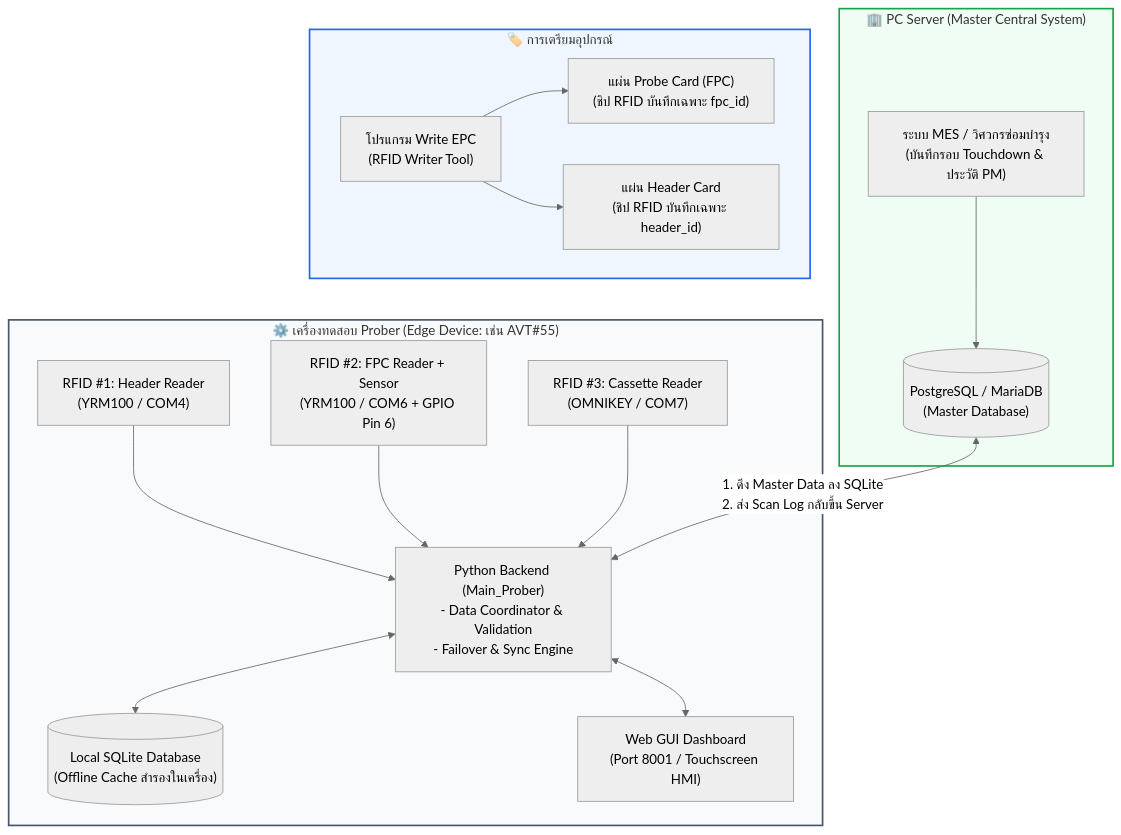
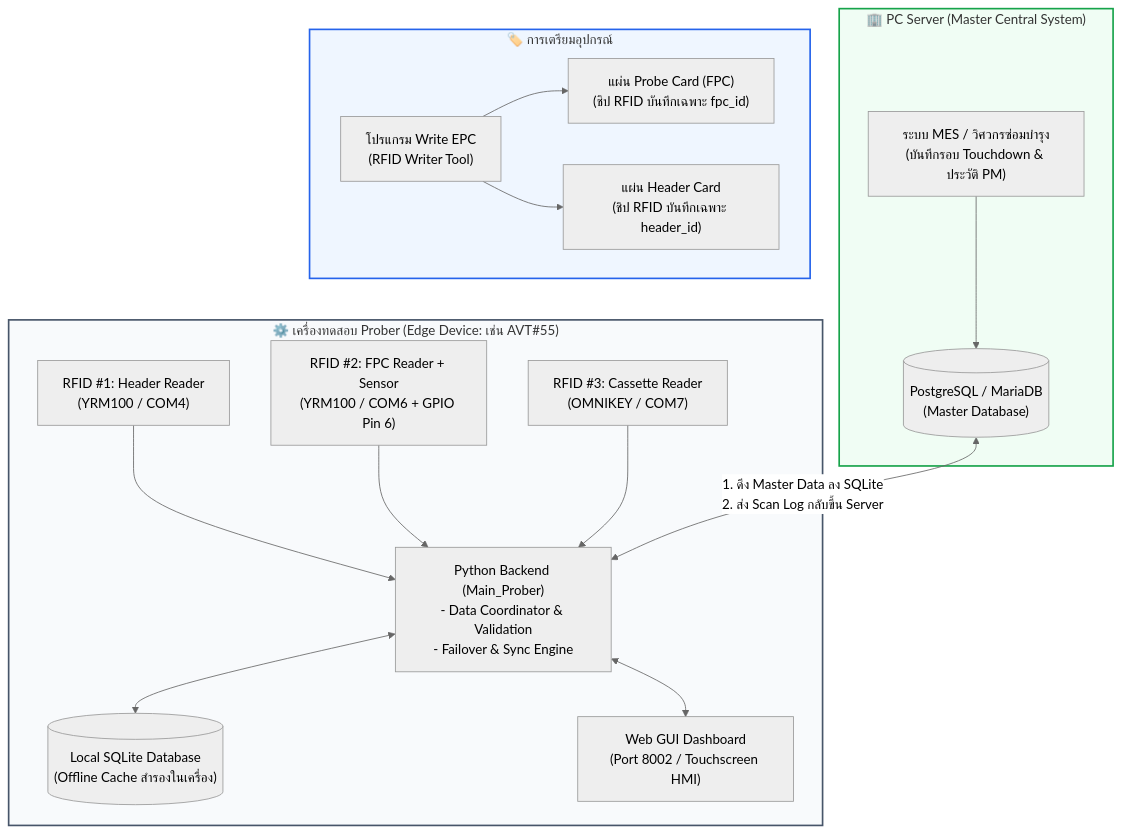
Before and after one commit to collinmaliyan/Prober_machine: the first of 3 diagrams in Flow_data.md, drawn with Mermaid (neutral theme). The commit also changed other lines of this file and 6 other files, not shown here.

Commit message:
feat: Add Cassette results to log table, switch GUI port to 8002, and dynamic AGV No

````diff
--- a/Flow_data.md
+++ b/Flow_data.md
@@ -9,38 +9,38 @@
 ```mermaid
 graph TB
     subgraph Central_Layer ["🏢 PC Server (Master Central System)"]
         ServerDB[("PostgreSQL / MariaDB<br/>(Master Database)")]
         MES["ระบบ MES / วิศวกรซ่อมบำรุง<br/>(บันทึกรอบ Touchdown & ประวัติ PM)"]
         MES --> ServerDB
     end
 
     subgraph Hardware_Prep ["🏷️ การเตรียมอุปกรณ์"]
         Writer["โปรแกรม Write EPC<br/>(RFID Writer Tool)"]
         FPCTag["แผ่น Probe Card (FPC)<br/>(ชิป RFID บันทึกเฉพาะ fpc_id)"]
         HdrTag["แผ่น Header Card<br/>(ชิป RFID บันทึกเฉพาะ header_id)"]
         Writer --> FPCTag
         Writer --> HdrTag
     end
 
     subgraph Prober_Machine ["⚙️ เครื่องทดสอบ Prober (Edge Device: เช่น AVT#55)"]
         R_HDR["RFID #1: Header Reader<br/>(YRM100 / COM4)"]
         R_FPC["RFID #2: FPC Reader + Sensor<br/>(YRM100 / COM6 + GPIO Pin 6)"]
         R_CASS["RFID #3: Cassette Reader<br/>(OMNIKEY / COM7)"]
       
         App["Python Backend (Main_Prober)<br/>- Data Coordinator & Validation<br/>- Failover & Sync Engine"]
         SQLiteDB[("Local SQLite Database<br/>(Offline Cache สำรองในเครื่อง)")]
-        GUI["Web GUI Dashboard<br/>(Port 8001 / Touchscreen HMI)"]
+        GUI["Web GUI Dashboard<br/>(Port 8002 / Touchscreen HMI)"]
 
         R_HDR --> App
         R_FPC --> App
         R_CASS --> App
         App <--> SQLiteDB
         App <--> GUI
     end
 
     ServerDB <-->|1. ดึง Master Data ลง SQLite<br/>2. ส่ง Scan Log กลับขึ้น Server| App
 
     style Central_Layer fill:#f0fdf4,stroke:#16a34a,stroke-width:2px
     style Hardware_Prep fill:#eff6ff,stroke:#2563eb,stroke-width:2px
     style Prober_Machine fill:#f8fafc,stroke:#475569,stroke-width:2px
 ```
````
